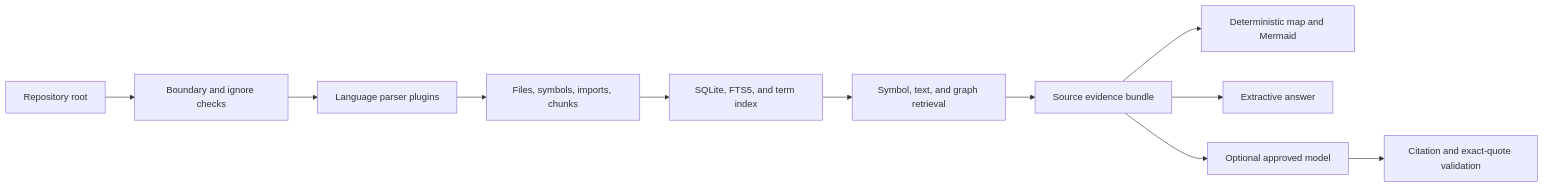
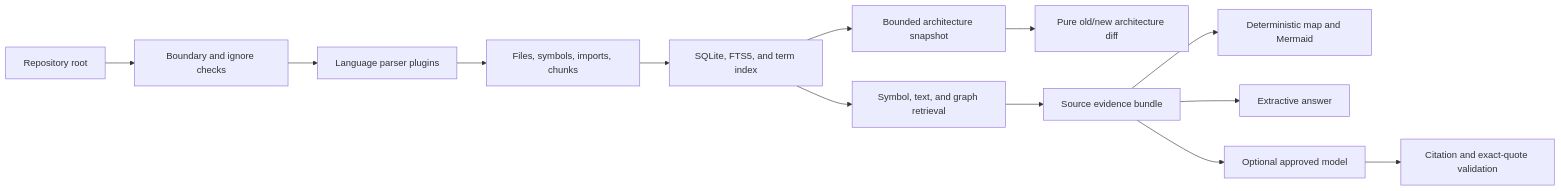
One commit to Henry-Yolky/RepoLocus changed the diagram in docs/architecture.md. Above: the diagram before and after it, drawn with Mermaid. The commit also changed other lines of this file and 20 other files, not shown here.

````diff
--- a/docs/architecture.md
+++ b/docs/architecture.md
@@ -6,13 +6,15 @@
 ```mermaid
 flowchart LR
     A["Repository root"] --> B["Boundary and ignore checks"]
     B --> C["Language parser plugins"]
     C --> D["Files, symbols, imports, chunks"]
     D --> E["SQLite, FTS5, and term index"]
     E --> F["Symbol, text, and graph retrieval"]
+    E --> L["Bounded architecture snapshot"]
+    L --> M["Pure old/new architecture diff"]
     F --> G["Source evidence bundle"]
     G --> H["Deterministic map and Mermaid"]
     G --> I["Extractive answer"]
     G --> J["Optional approved model"]
     J --> K["Citation and exact-quote validation"]
 ```
````
